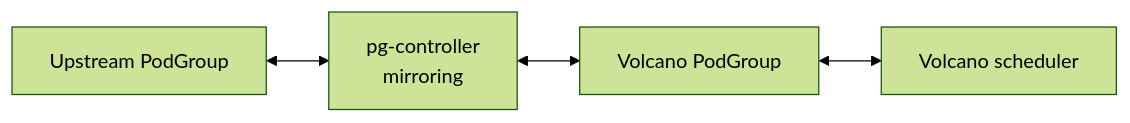
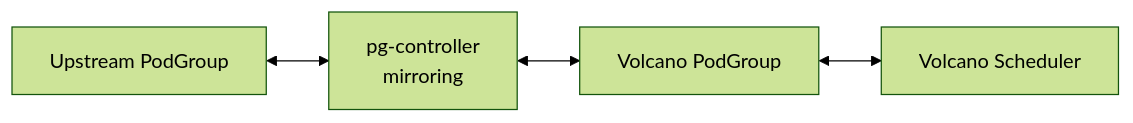
Before and after one commit to JesseStutler/volcano: the tenth of 11 diagrams in docs/research/k8s-workload-aware-scheduling-vs-volcano.md, drawn with Mermaid (forest theme). The commit also changed other lines of this file and 1 other file, not shown here.

First line of the commit message:
docs: tighten report for sharing and add single-Pod vs PodGroup flow

````diff
--- a/docs/research/k8s-workload-aware-scheduling-vs-volcano.md
+++ b/docs/research/k8s-workload-aware-scheduling-vs-volcano.md
@@ -467,10 +371,4 @@
 ```mermaid
 flowchart LR
-    UA["Upstream PodGroup"]
-    MC["pg-controller<br/>mirroring"]
-    VA["Volcano PodGroup"]
-    SA["Volcano scheduler"]
-    UA <--> MC
-    MC <--> VA
-    VA <--> SA
+    UA["Upstream PodGroup"] <--> MC["pg-controller<br/>mirroring"] <--> VA["Volcano PodGroup"] <--> SA["Volcano Scheduler"]
 ```
````
